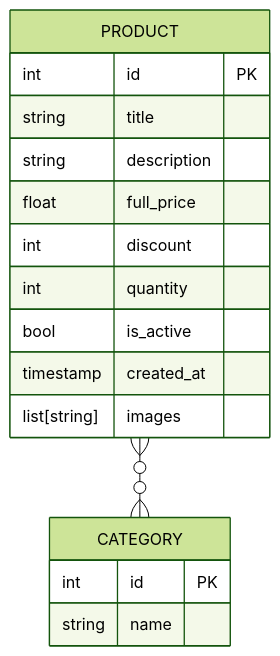
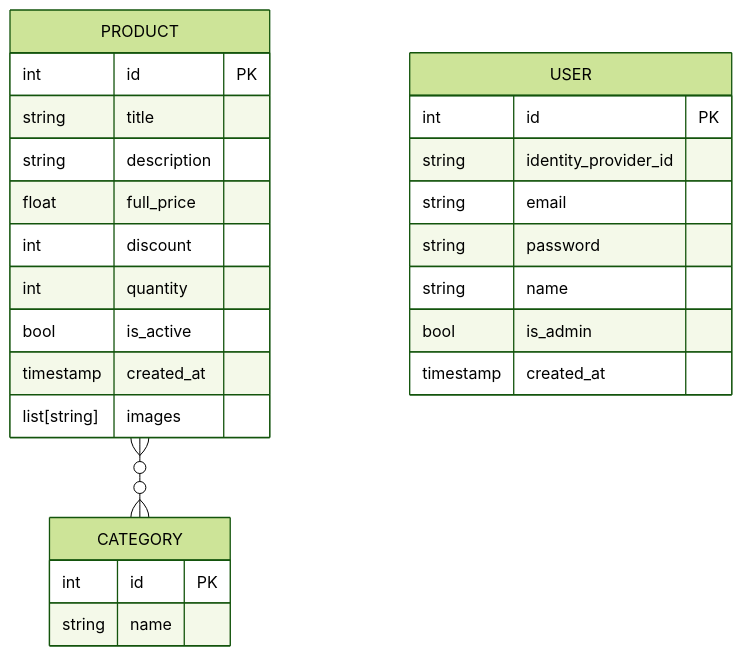
One commit to ivan-22-3-5/e-commerce changed the diagram in er.md. Above: the diagram before and after it, drawn with Mermaid (forest theme).

Commit message:
docs: add user model to er diagram

````diff
--- a/er.md
+++ b/er.md
@@ -1,21 +1,31 @@
 ```mermaid
 erDiagram
     PRODUCT {
         int id PK
         string title
         string description
         float full_price
         int discount
         int quantity
         bool is_active
         timestamp created_at
         list[string] images
     }
+
+				USER {
+				    int id PK
+				    string identity_provider_id
+        string email 
+        string password 
+        string name
+        bool is_admin 
+        timestamp created_at
+				}
     
     CATEGORY {
         int id PK
         string name
     }
 
     PRODUCT }o--o{ CATEGORY: ""
 ```
````
